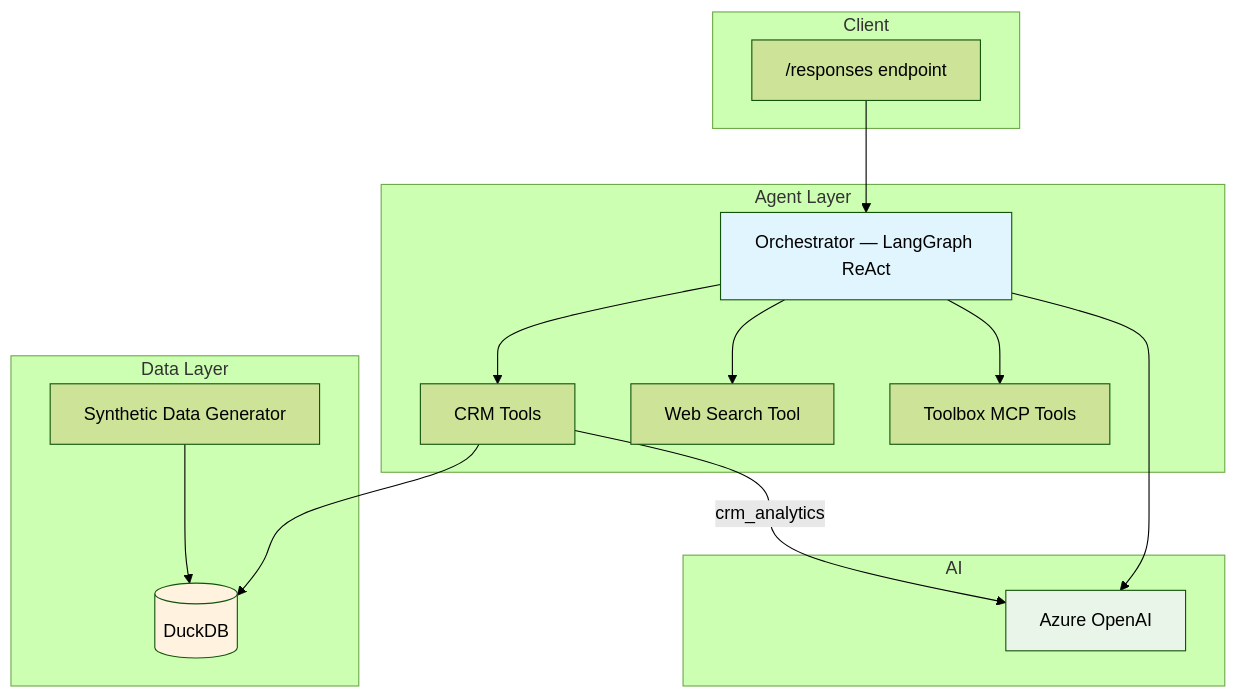
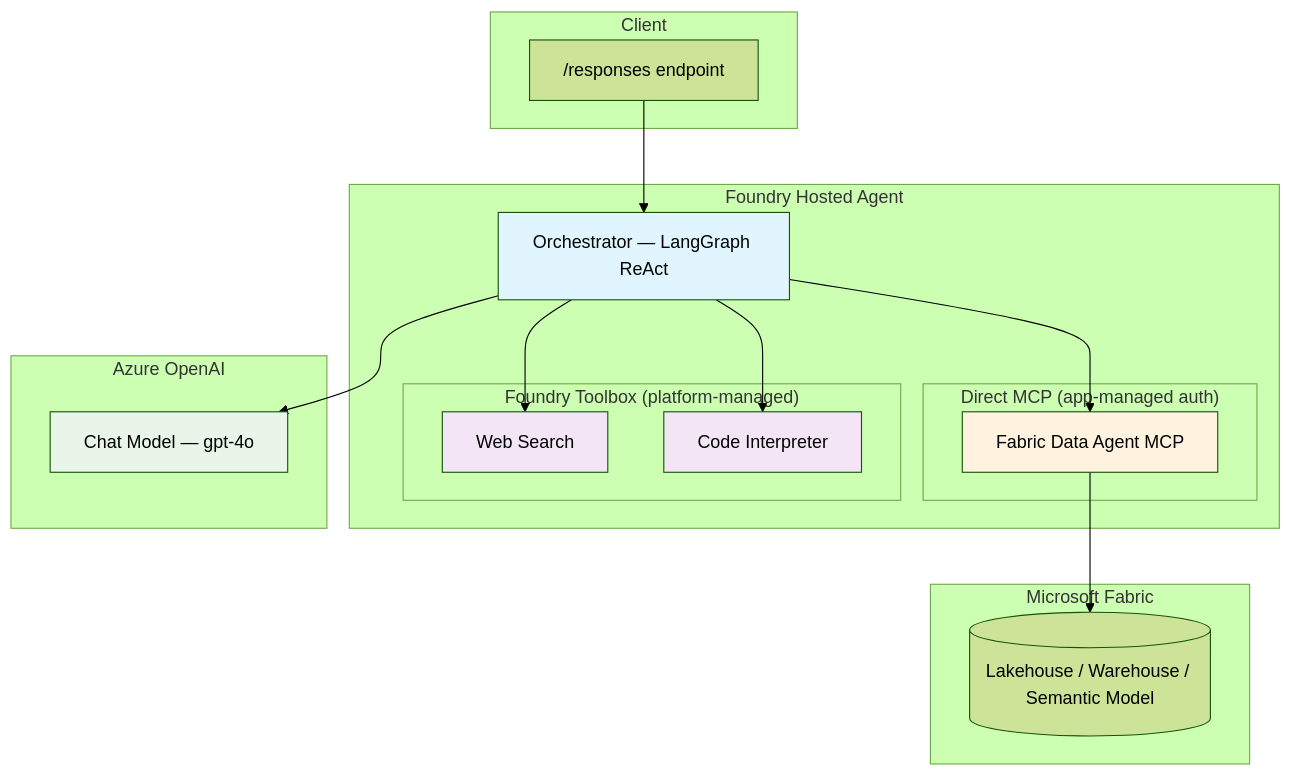
Before and after one commit to Ritaja/foundry-langgraph-toolbox: the diagram in README.md, drawn with Mermaid (forest theme). The commit also changed other lines of this file and 14 other files, not shown here.

First line of the commit message:
Replace DuckDB CRM with Fabric Data Agent MCP integration (#2)

````diff
--- a/README.md
+++ b/README.md
@@ -17,35 +18,38 @@
 ```mermaid
 graph TB
     subgraph "Client"
         API["/responses endpoint"]
     end
 
-    subgraph "Agent Layer"
+    subgraph "Foundry Hosted Agent"
         ORCH[Orchestrator — LangGraph ReAct]
-        CRM_TOOLS[CRM Tools]
-        WEB[Web Search Tool]
-        MCP[Toolbox MCP Tools]
+        subgraph "Direct MCP (app-managed auth)"
+            FABRIC_MCP[Fabric Data Agent MCP]
+        end
+        subgraph "Foundry Toolbox (platform-managed)"
+            WEB[Web Search]
+            CODE[Code Interpreter]
+        end
     end
 
-    subgraph "Data Layer"
-        DUCKDB[(DuckDB)]
-        SYNTH[Synthetic Data Generator]
+    subgraph "Microsoft Fabric"
+        LAKEHOUSE[(Lakehouse / Warehouse / Semantic Model)]
     end
 
-    subgraph "AI"
-        LLM[Azure OpenAI]
+    subgraph "Azure OpenAI"
+        LLM[Chat Model — gpt-4o]
     end
 
     API --> ORCH
-    ORCH --> CRM_TOOLS
+    ORCH --> FABRIC_MCP
     ORCH --> WEB
-    ORCH --> MCP
-    CRM_TOOLS --> DUCKDB
-    SYNTH --> DUCKDB
+    ORCH --> CODE
+    FABRIC_MCP --> LAKEHOUSE
     ORCH --> LLM
-    CRM_TOOLS -->|crm_analytics| LLM
 
     style ORCH fill:#e1f5fe
-    style DUCKDB fill:#fff3e0
+    style FABRIC_MCP fill:#fff3e0
     style LLM fill:#e8f5e8
+    style WEB fill:#f3e5f5
+    style CODE fill:#f3e5f5
 ```
````
